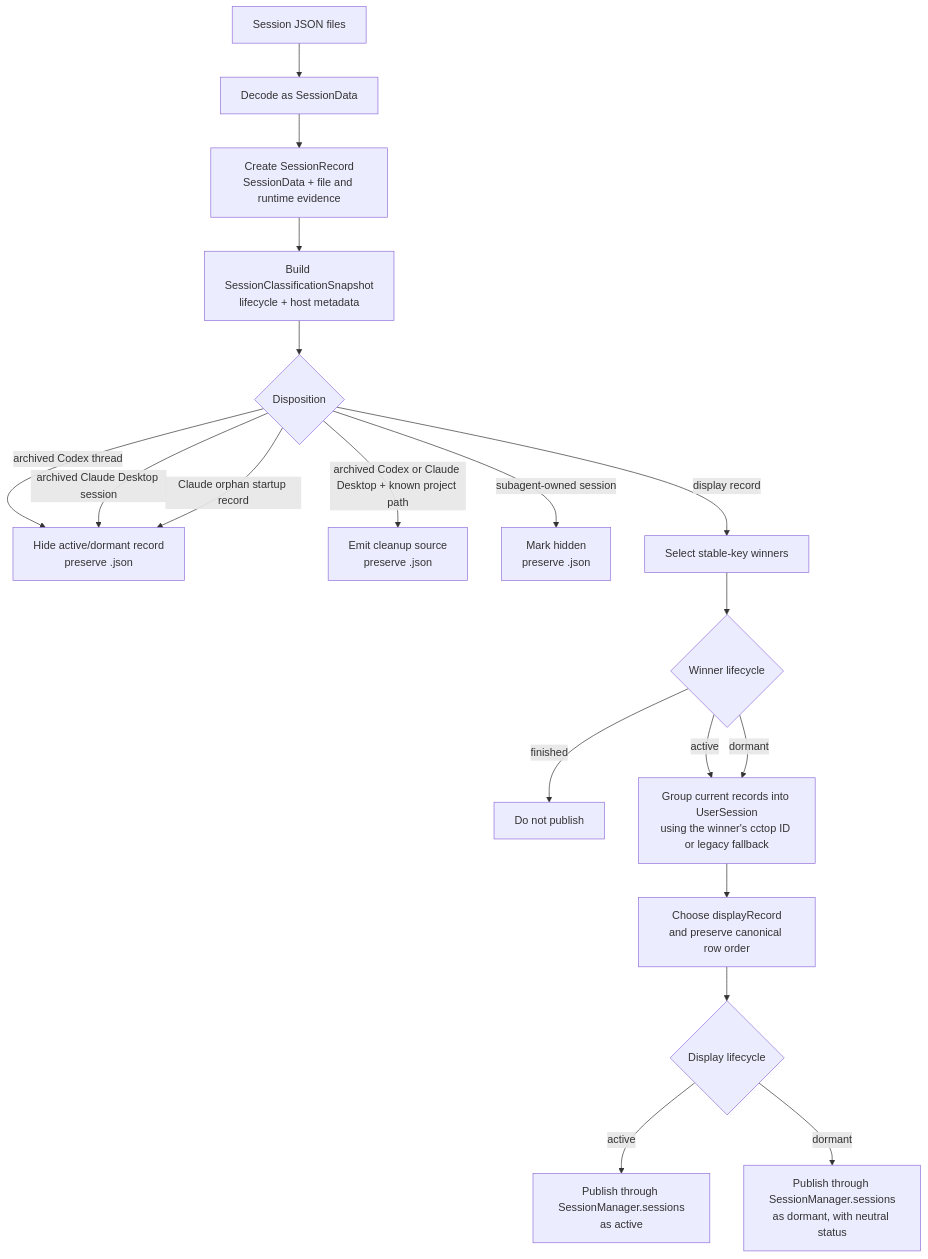
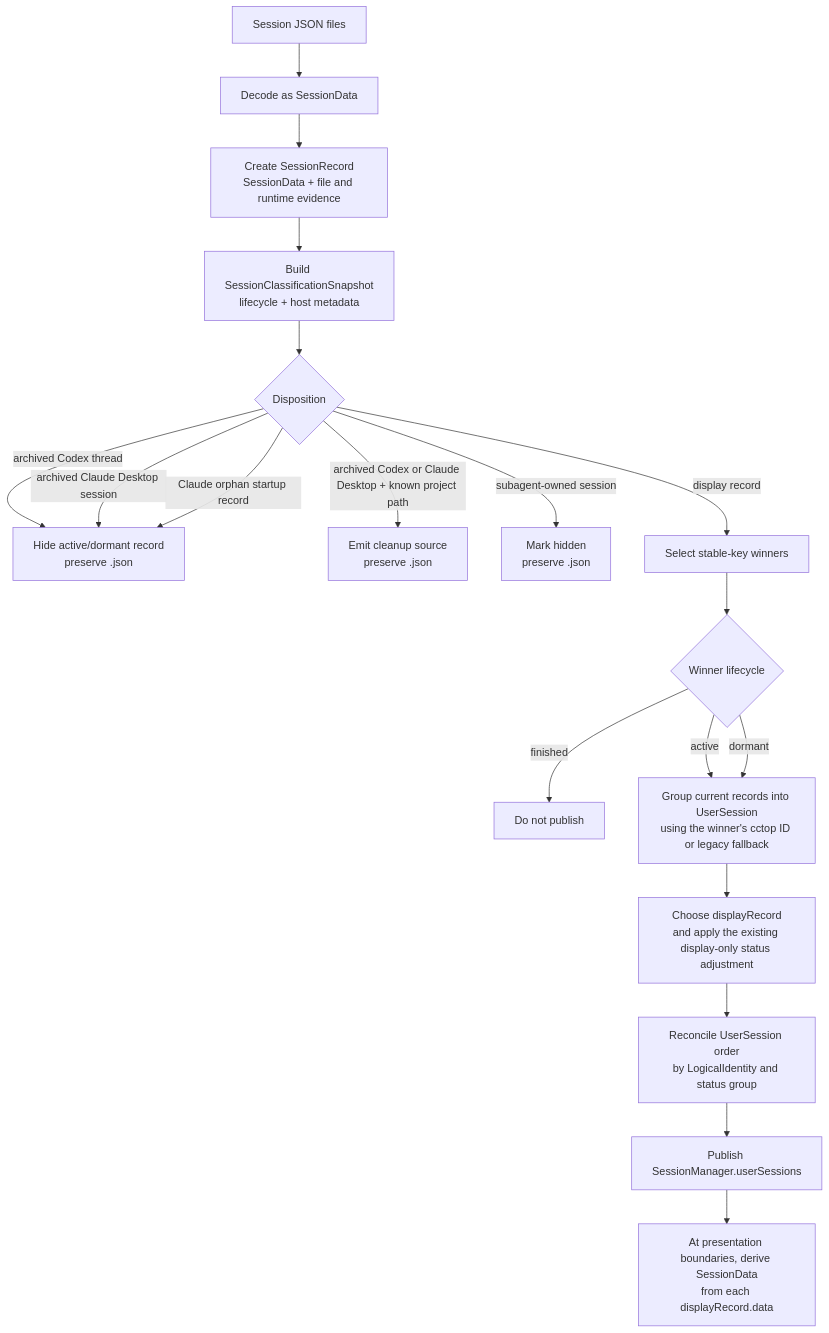
Before and after one commit to st0012/cctop: the first of 3 diagrams in docs/session-lifecycle.md, drawn with Mermaid. The commit also changed other lines of this file and 35 other files, not shown here.

Commit message:
Use UserSession as the presentation authority (#253)

````diff
--- a/docs/session-lifecycle.md
+++ b/docs/session-lifecycle.md
@@ -24,23 +25,23 @@
 ```mermaid
 flowchart TD
     A["Session JSON files"] --> B["Decode as SessionData"]
     B --> C["Create SessionRecord<br/>SessionData + file and runtime evidence"]
     C --> D["Build SessionClassificationSnapshot<br/>lifecycle + host metadata"]
     D --> E{"Disposition"}
 
     E -->|"archived Codex thread"| F["Hide active/dormant record<br/>preserve .json"]
     E -->|"archived Claude Desktop session"| F
     E -->|"archived Codex or Claude Desktop + known project path"| M["Emit cleanup source<br/>preserve .json"]
     E -->|"subagent-owned session"| L["Mark hidden<br/>preserve .json"]
     E -->|"Claude orphan startup record"| F
     E -->|"display record"| G["Select stable-key winners"]
 
     G --> H{"Winner lifecycle"}
     H -->|finished| O["Do not publish"]
     H -->|active| I["Group current records into UserSession<br/>using the winner's cctop ID or legacy fallback"]
     H -->|dormant| I
-    I --> J["Choose displayRecord<br/>and preserve canonical row order"]
-    J --> K{"Display lifecycle"}
-    K -->|active| N["Publish through SessionManager.sessions<br/>as active"]
-    K -->|dormant| P["Publish through SessionManager.sessions<br/>as dormant, with neutral status"]
+    I --> J["Choose displayRecord<br/>and apply the existing display-only status adjustment"]
+    J --> K["Reconcile UserSession order<br/>by LogicalIdentity and status group"]
+    K --> N["Publish SessionManager.userSessions"]
+    N --> P["At presentation boundaries, derive SessionData<br/>from each displayRecord.data"]
 ```
````
